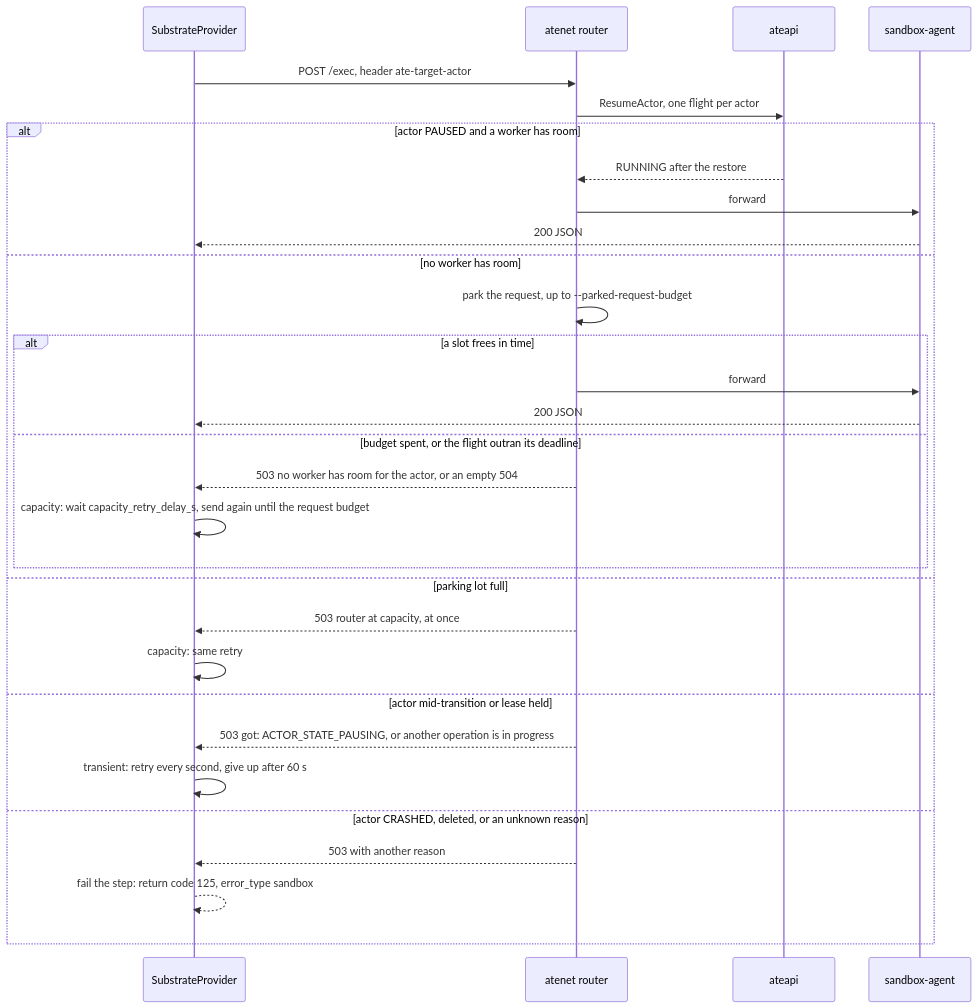
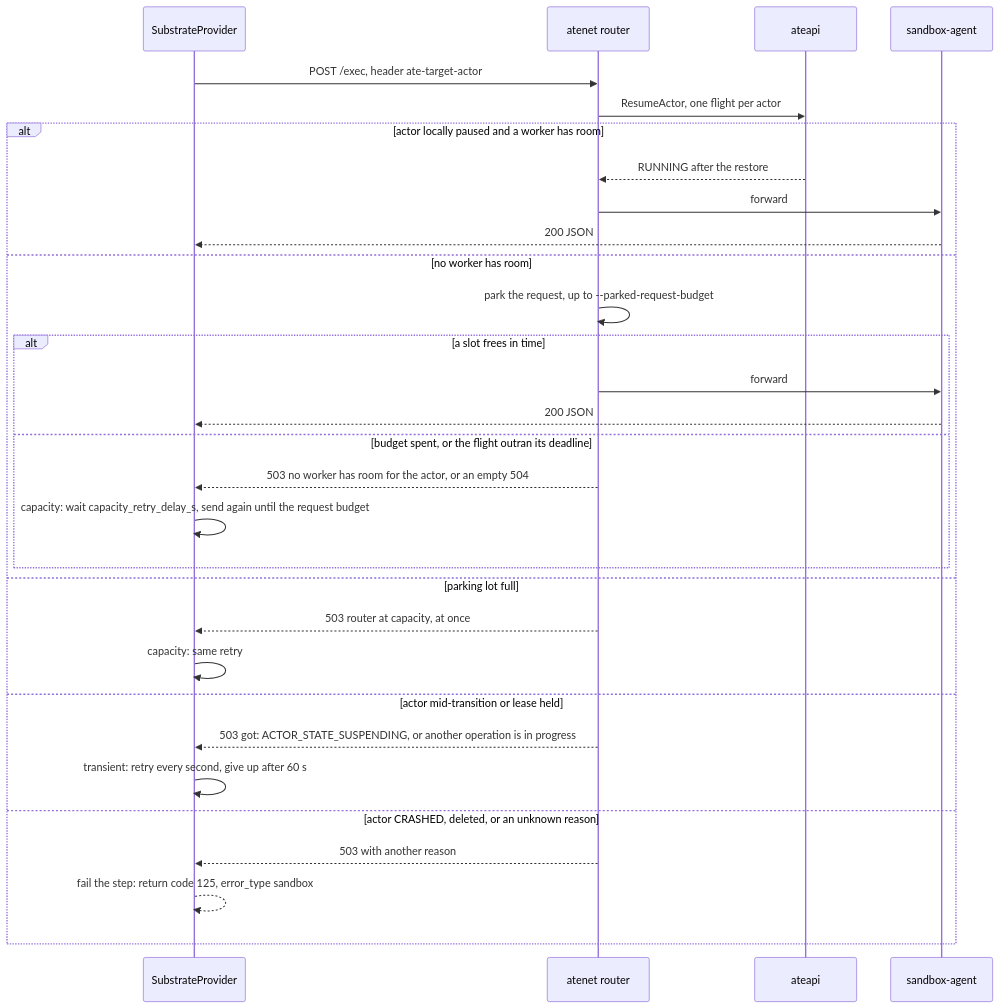
Before and after one commit to dims/gym-substrate: the fourth of 8 diagrams in docs/architecture.md, drawn with Mermaid. The commit also changed other lines of this file and 12 other files, not shown here.

````diff
--- a/docs/architecture.md
+++ b/docs/architecture.md
@@ -169,33 +169,33 @@
 ```mermaid
 sequenceDiagram
   participant P as SubstrateProvider
   participant R as atenet router
   participant A as ateapi
   participant S as sandbox-agent
 
   P->>R: POST /exec, header ate-target-actor
   R->>A: ResumeActor, one flight per actor
-  alt actor PAUSED and a worker has room
+  alt actor locally paused and a worker has room
     A-->>R: RUNNING after the restore
     R->>S: forward
     S-->>P: 200 JSON
   else no worker has room
     R->>R: park the request, up to --parked-request-budget
     alt a slot frees in time
       R->>S: forward
       S-->>P: 200 JSON
     else budget spent, or the flight outran its deadline
       R-->>P: 503 no worker has room for the actor, or an empty 504
       P->>P: capacity: wait capacity_retry_delay_s, send again until the request budget
     end
   else parking lot full
     R-->>P: 503 router at capacity, at once
     P->>P: capacity: same retry
   else actor mid-transition or lease held
-    R-->>P: 503 got: ACTOR_STATE_PAUSING, or another operation is in progress
+    R-->>P: 503 got: ACTOR_STATE_SUSPENDING, or another operation is in progress
     P->>P: transient: retry every second, give up after 60 s
   else actor CRASHED, deleted, or an unknown reason
     R-->>P: 503 with another reason
     P-->>P: fail the step: return code 125, error_type sandbox
   end
 ```
````
